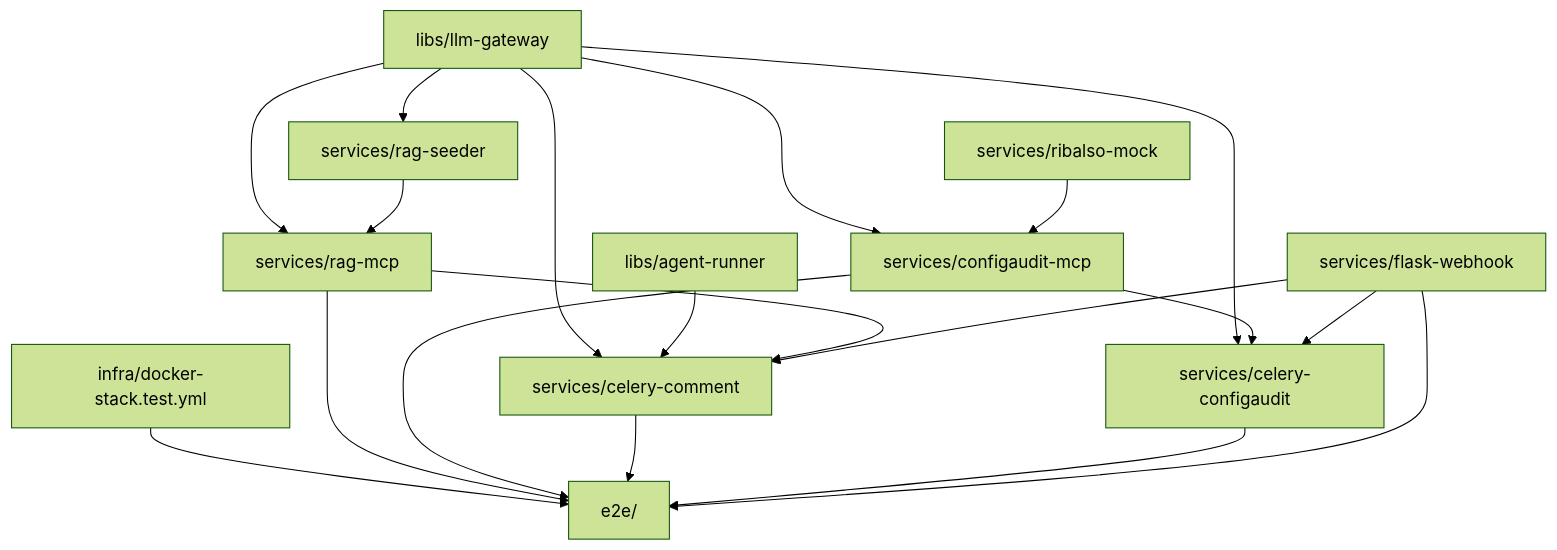
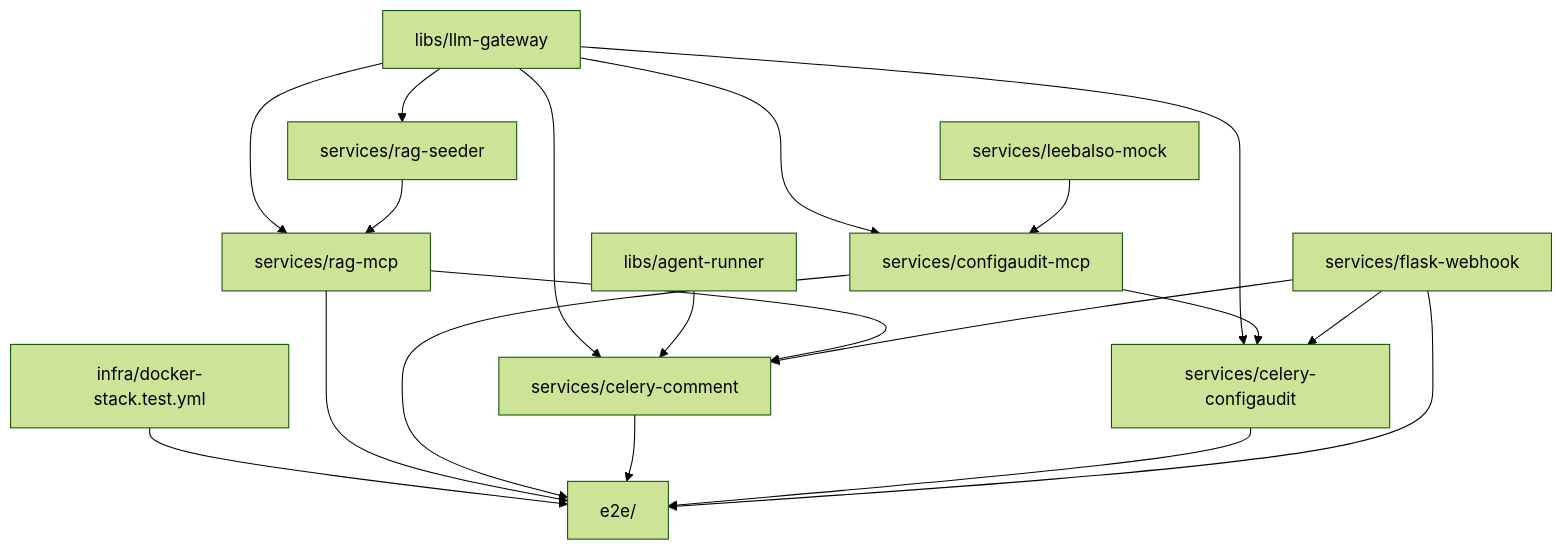
One commit to tanminkwan/llm-automation changed the diagram in 구현계획.md. Above: the diagram before and after it, drawn with Mermaid (forest theme). The commit also changed other lines of this file and 4 other files, not shown here.

Commit message:
fix: ribalso → leebalso 이름 수정 (전체)

````diff
--- a/구현계획.md
+++ b/구현계획.md
@@ -25,33 +25,33 @@
 ```mermaid
 graph TD
     GW[libs/llm-gateway]
     AR[libs/agent-runner]
-    RB[services/ribalso-mock]
+    RB[services/leebalso-mock]
     RS[services/rag-seeder]
     RM[services/rag-mcp]
     CM[services/configaudit-mcp]
     FW[services/flask-webhook]
     CC[services/celery-comment]
     CA[services/celery-configaudit]
     INF[infra/docker-stack.test.yml]
     E2E[e2e/]
 
     GW --> RS
     GW --> RM
     GW --> CM
     GW --> CC
     GW --> CA
     AR --> CC
     RB --> CM
     RS --> RM
     RM --> CC
     CM --> CA
     FW --> CC
     FW --> CA
     INF --> E2E
     RM --> E2E
     CM --> E2E
     CC --> E2E
     CA --> E2E
     FW --> E2E
 ```
````
